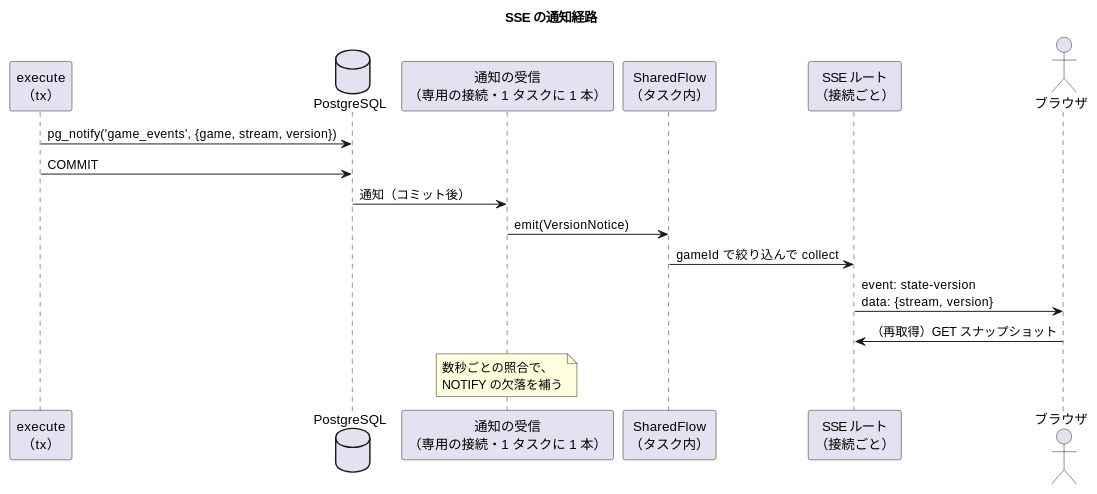
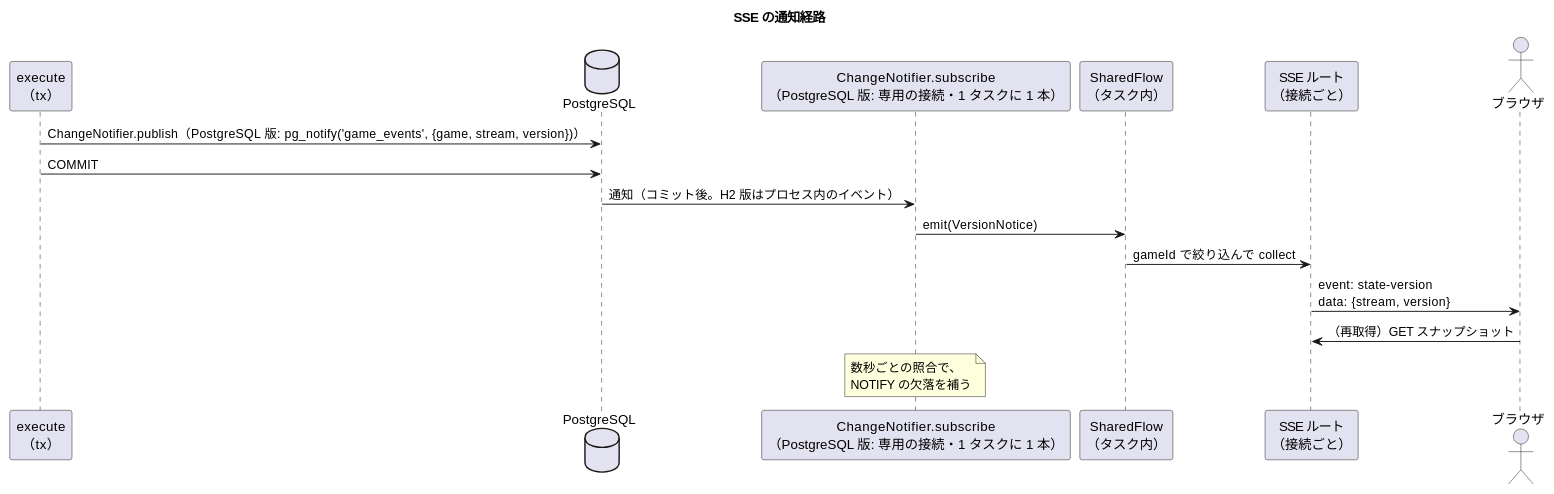
The third of 3 diagrams in docs/design/beer-game-kotlin/architecture-backend.md (k2works/case-study-beer-game-simulation), drawn with PlantUML before and after one commit. The commit also changed other lines of this file and 13 other files, not shown here.

First line of the commit message:
docs(beer-game-kotlin): ローカル開発に H2（PostgreSQL モード）を使う決定を反映

````diff
--- a/docs/design/beer-game-kotlin/architecture-backend.md
+++ b/docs/design/beer-game-kotlin/architecture-backend.md
@@ -472,21 +510,21 @@
 ```plantuml
 @startuml
 title SSE の通知経路
 
 participant "execute\n（tx）" as X
 database "PostgreSQL" as DB
-participant "通知の受信\n（専用の接続・1 タスクに 1 本）" as L
+participant "ChangeNotifier.subscribe\n（PostgreSQL 版: 専用の接続・1 タスクに 1 本）" as L
 participant "SharedFlow\n（タスク内）" as F
 participant "SSE ルート\n（接続ごと）" as S
 actor "ブラウザ" as B
 
-X -> DB : pg_notify('game_events', {game, stream, version})
+X -> DB : ChangeNotifier.publish（PostgreSQL 版: pg_notify('game_events', {game, stream, version})）
 X -> DB : COMMIT
-DB -> L : 通知（コミット後）
+DB -> L : 通知（コミット後。H2 版はプロセス内のイベント）
 L -> F : emit(VersionNotice)
 F -> S : gameId で絞り込んで collect
 S -> B : event: state-version\ndata: {stream, version}
 B -> S : （再取得）GET スナップショット
 note over L : 数秒ごとの照合で、\nNOTIFY の欠落を補う
 @enduml
 ```
````
